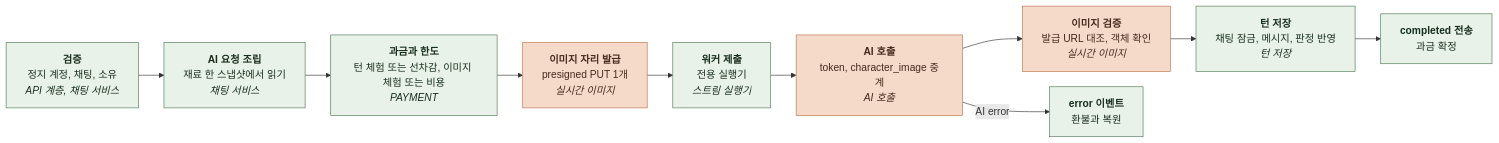
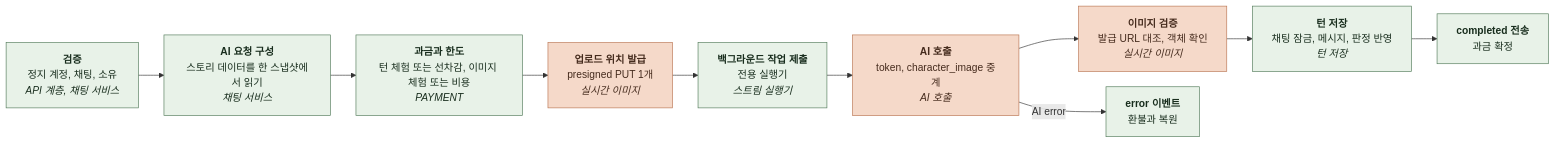
The fifth of 12 diagrams in docs/domain/CHAT/BACKEND/4-1-PIPELINES.md (KIM-N-KANG/knk-harness), drawn with Mermaid before and after one commit. The commit also changed other lines of this file and 14 other files, not shown here.

````diff
--- a/docs/domain/CHAT/BACKEND/4-1-PIPELINES.md
+++ b/docs/domain/CHAT/BACKEND/4-1-PIPELINES.md
@@ -151,35 +151,35 @@
 ```mermaid
 %%{init: {"flowchart": {"curve": "basis", "nodeSpacing": 24, "rankSpacing": 40}}}%%
 flowchart LR
     A["`**검증**
 정지 계정, 채팅, 소유
-*API 계층, 채팅 서비스*`"] --> B["`**AI 요청 조립**
-재료 한 스냅샷에서 읽기
+*API 계층, 채팅 서비스*`"] --> B["`**AI 요청 구성**
+스토리 데이터를 한 스냅샷에서 읽기
 *채팅 서비스*`"]
     B --> C["`**과금과 한도**
 턴 체험 또는 선차감, 이미지 체험 또는 비용
 *PAYMENT*`"]
-    C --> D["`**이미지 자리 발급**
+    C --> D["`**업로드 위치 발급**
 presigned PUT 1개
 *실시간 이미지*`"]
-    D --> E["`**워커 제출**
+    D --> E["`**백그라운드 작업 제출**
 전용 실행기
 *스트림 실행기*`"]
     E --> F["`**AI 호출**
 token, character_image 중계
 *AI 호출*`"]
     F --> G["`**이미지 검증**
 발급 URL 대조, 객체 확인
 *실시간 이미지*`"]
     G --> H["`**턴 저장**
 채팅 잠금, 메시지, 판정 반영
 *턴 저장*`"]
     H --> I["`**completed 전송**
 과금 확정`"]
     F -->|AI error| J["`**error 이벤트**
 환불과 복원`"]
     classDef comp fill:#E8F2E8,stroke:#527A59,color:#182D1D
     classDef task fill:#F5D9C9,stroke:#B97450,color:#452B1D
     class A,B,C,E,H,I,J comp
     class D,F,G task
 ```
````
